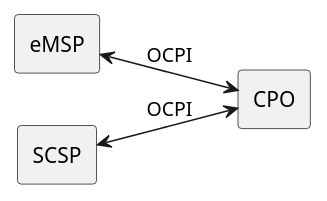
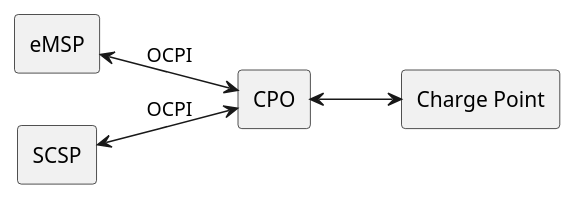
The diagram in plantuml/topology_scsp_cpo.plantuml (ocpi/ocpi), drawn with PlantUML before and after one commit. The commit also changed 17 other files, not shown here.

Commit message:
Charging Profiles: Added example sequence diagrams for all use cases

```diff
--- a/plantuml/topology_scsp_cpo.plantuml
+++ b/plantuml/topology_scsp_cpo.plantuml
@@ -1,16 +1,18 @@
 @startuml
 
 skinparam rectangle {
 	roundCorner 8
 }
 
 left to right direction
 
 agent eMSP
 agent SCSP
 agent CPO
+agent "Charge Point" AS CP
 
 eMSP <--> CPO: OCPI
 SCSP <--> CPO: OCPI
+CPO <--> CP
 
 @enduml
```
